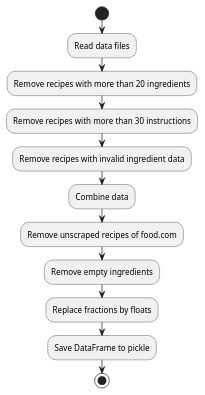
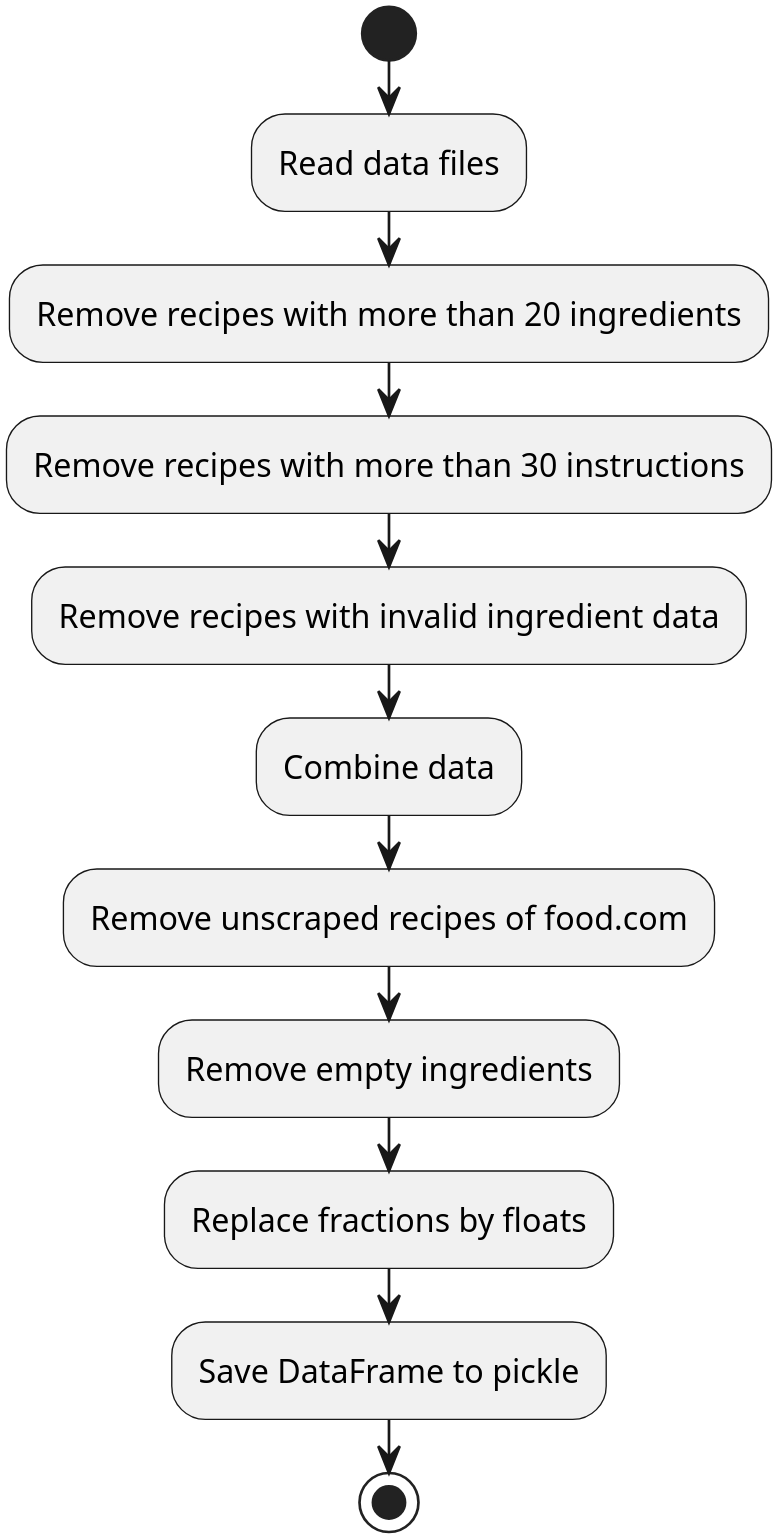
The diagram in data/recipe1M/parser/uml/preprocessing.puml (mscholl96/mad-recime), drawn with PlantUML before and after one commit. The commit also changed 3 other files, not shown here.

Commit message:
UML changes

```diff
--- a/data/recipe1M/parser/uml/preprocessing.puml
+++ b/data/recipe1M/parser/uml/preprocessing.puml
@@ -1,13 +1,14 @@
 @startuml
+scale 700
 start
 :Read data files;
 :Remove recipes with more than 20 ingredients;
 :Remove recipes with more than 30 instructions;
 :Remove recipes with invalid ingredient data;
 :Combine data;
 :Remove unscraped recipes of food.com;
 :Remove empty ingredients;
 :Replace fractions by floats;
 :Save DataFrame to pickle;
 stop
 @enduml
```
